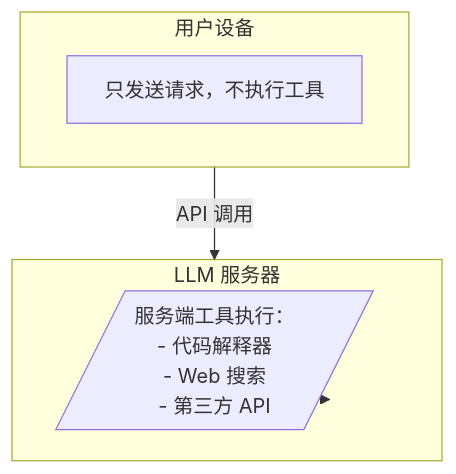
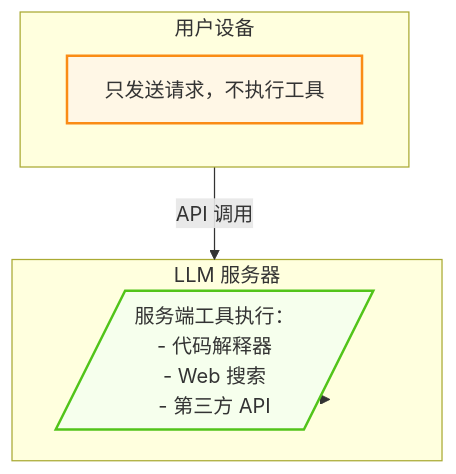
One commit to yeasy/agentic_ai_guide changed the third of 5 diagrams in 04_tools/4.1_overview.md. Above: the diagram before and after it, drawn with Mermaid. The commit also changed other lines of this file and 36 other files, not shown here.

````diff
--- a/04_tools/4.1_overview.md
+++ b/04_tools/4.1_overview.md
@@ -276,13 +295,21 @@
 ```mermaid
 graph TD
+    %% Agentic Design System
+    classDef user fill:#fff7e6,stroke:#fa8c16,stroke-width:2px;
+    classDef agent fill:#e6f7ff,stroke:#1890ff,stroke-width:2px;
+    classDef tool fill:#f6ffed,stroke:#52c41a,stroke-width:2px;
+
     subgraph Client [用户设备]
         Request[只发送请求，不执行工具]
     end
     
     subgraph Server [LLM 服务器]
         STools[/"服务端工具执行：<br>- 代码解释器<br>- Web 搜索<br>- 第三方 API"/]
     end
     
     Client -->|API 调用| Server
     Server --> STools
+    
+    class Request user;
+    class STools tool;
 ```
````
